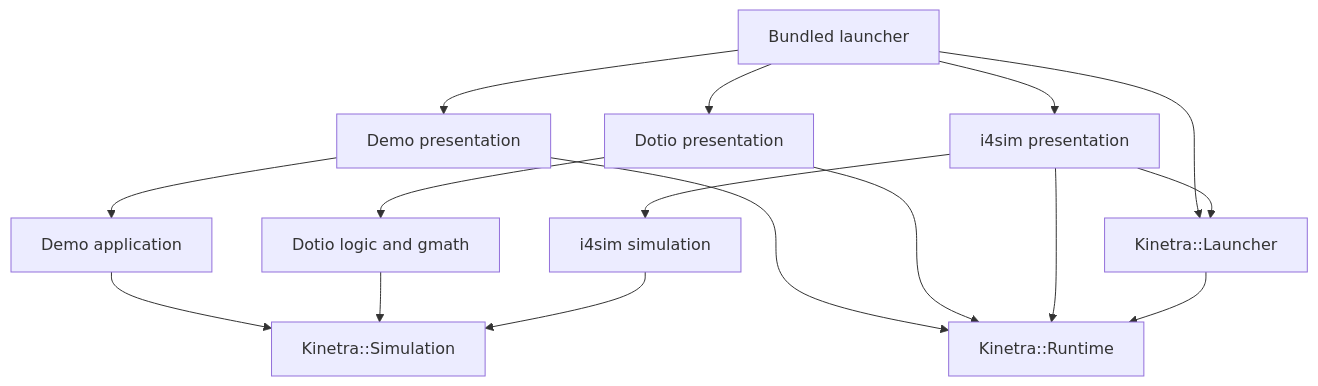
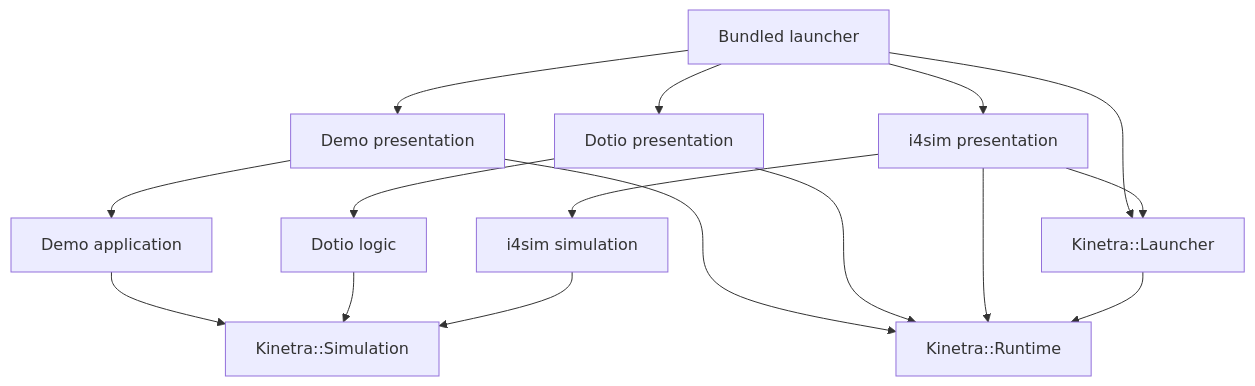
One commit to SMB-M87/Kinetra-Lab changed the diagram in README.md. Above: the diagram before and after it, drawn with Mermaid. The commit also changed 10 other files, not shown here.

First line of the commit message:
refactor(dotio): split gmath into vector.h and cell.h

````diff
--- a/README.md
+++ b/README.md
@@ -28,18 +28,18 @@
 ```mermaid
 flowchart TD
     Launcher["Bundled launcher"] --> Demo["Demo presentation"]
     Launcher --> Dotio["Dotio presentation"]
     Launcher --> Factory["i4sim presentation"]
     Launcher --> Host["Kinetra::Launcher"]
     Factory --> Host
     Demo --> DemoLogic["Demo application"]
-    Dotio --> DotioLogic["Dotio logic and gmath"]
+    Dotio --> DotioLogic["Dotio logic"]
     Factory --> FactoryLogic["i4sim simulation"]
     DemoLogic --> Simulation["Kinetra::Simulation"]
     DotioLogic --> Simulation
     FactoryLogic --> Simulation
     Demo --> Runtime["Kinetra::Runtime"]
     Dotio --> Runtime
     Factory --> Runtime
     Host --> Runtime
 ```
````
